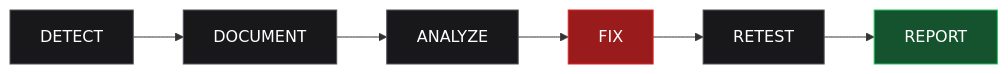
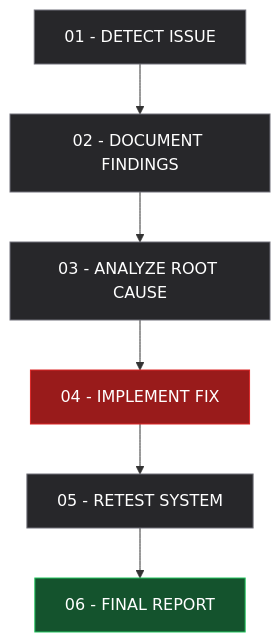
Before and after one commit to adnanjameel-ghl/ghl-audit-checklist: the second of 2 diagrams in README.md, drawn with Mermaid. The commit also changed other lines of this file, not shown here.

````diff
--- a/README.md
+++ b/README.md
@@ -275,15 +277,15 @@
 ```mermaid
-flowchart LR
-    A["DETECT"] --> B["DOCUMENT"]
-    B --> C["ANALYZE"]
-    C --> D["FIX"]
-    D --> E["RETEST"]
-    E --> F["REPORT"]
+flowchart TD
+    A["01 - DETECT ISSUE"] --> B["02 - DOCUMENT FINDINGS"]
+    B --> C["03 - ANALYZE ROOT CAUSE"]
+    C --> D["04 - IMPLEMENT FIX"]
+    D --> E["05 - RETEST SYSTEM"]
+    E --> F["06 - FINAL REPORT"]
 
-    style A fill:#18181B,color:#fff,stroke:#52525B
-    style B fill:#18181B,color:#fff,stroke:#52525B
-    style C fill:#18181B,color:#fff,stroke:#52525B
+    style A fill:#27272A,color:#fff,stroke:#71717A
+    style B fill:#27272A,color:#fff,stroke:#71717A
+    style C fill:#27272A,color:#fff,stroke:#71717A
     style D fill:#991B1B,color:#fff,stroke:#DC2626
-    style E fill:#18181B,color:#fff,stroke:#52525B
+    style E fill:#27272A,color:#fff,stroke:#71717A
     style F fill:#14532D,color:#fff,stroke:#22C55E
 ```
````
